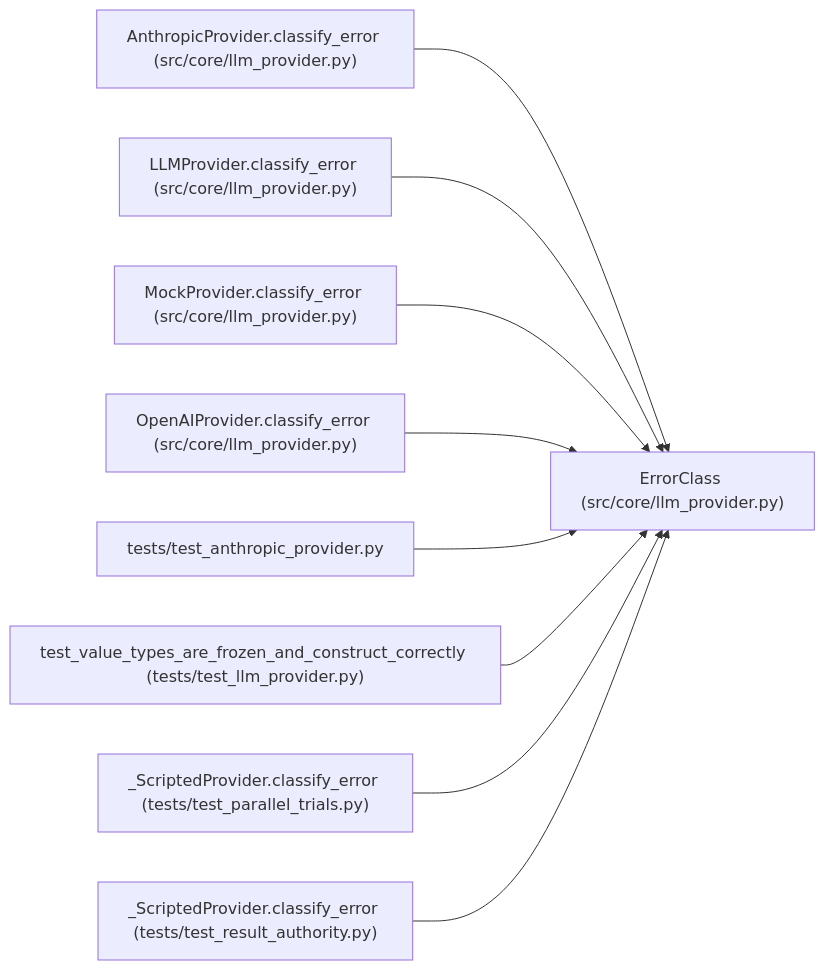
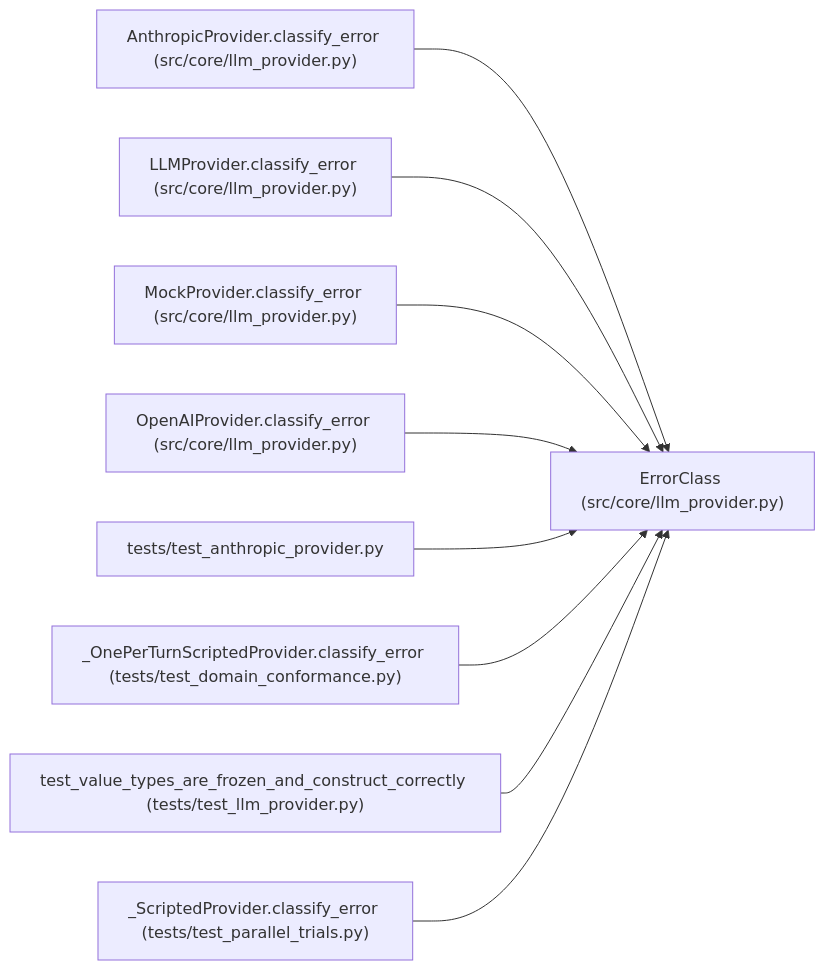
One commit to Denissvgn/autoresearch-agent changed the diagram in docs/llm_wiki/entities/ErrorClass.md. Above: the diagram before and after it, drawn with Mermaid. The commit also changed other lines of this file and 1033 other files, not shown here.

````diff
--- a/docs/llm_wiki/entities/ErrorClass.md
+++ b/docs/llm_wiki/entities/ErrorClass.md
@@ -33,29 +33,29 @@
 ```mermaid
 flowchart LR
     n0["ErrorClass (src/core/llm_provider.py)"]
     n1["AnthropicProvider.classify_error (src/core/llm_provider.py)"]
     n2["LLMProvider.classify_error (src/core/llm_provider.py)"]
     n3["MockProvider.classify_error (src/core/llm_provider.py)"]
     n4["OpenAIProvider.classify_error (src/core/llm_provider.py)"]
     n5["tests/test_anthropic_provider.py"]
-    n6["test_value_types_are_frozen_and_construct_correctly (tests/test_llm_provider.py)"]
-    n7["_ScriptedProvider.classify_error (tests/test_parallel_trials.py)"]
-    n8["_ScriptedProvider.classify_error (tests/test_result_authority.py)"]
+    n6["_OnePerTurnScriptedProvider.classify_error (tests/test_domain_conformance.py)"]
+    n7["test_value_types_are_frozen_and_construct_correctly (tests/test_llm_provider.py)"]
+    n8["_ScriptedProvider.classify_error (tests/test_parallel_trials.py)"]
     n1 --> n0
     n2 --> n0
     n3 --> n0
     n4 --> n0
     n5 --> n0
     n6 --> n0
     n7 --> n0
     n8 --> n0
     click n0 "../modules/llm_provider.md"
     click n1 "../modules/llm_provider.md"
     click n2 "../modules/llm_provider.md"
     click n3 "../modules/llm_provider.md"
     click n4 "../modules/llm_provider.md"
     click n5 "../modules/test_anthropic_provider.md"
-    click n6 "../modules/test_llm_provider.md"
-    click n7 "../modules/test_parallel_trials.md"
-    click n8 "../modules/test_result_authority.md"
+    click n6 "../modules/test_domain_conformance.md"
+    click n7 "../modules/test_llm_provider.md"
+    click n8 "../modules/test_parallel_trials.md"
 ```
````
